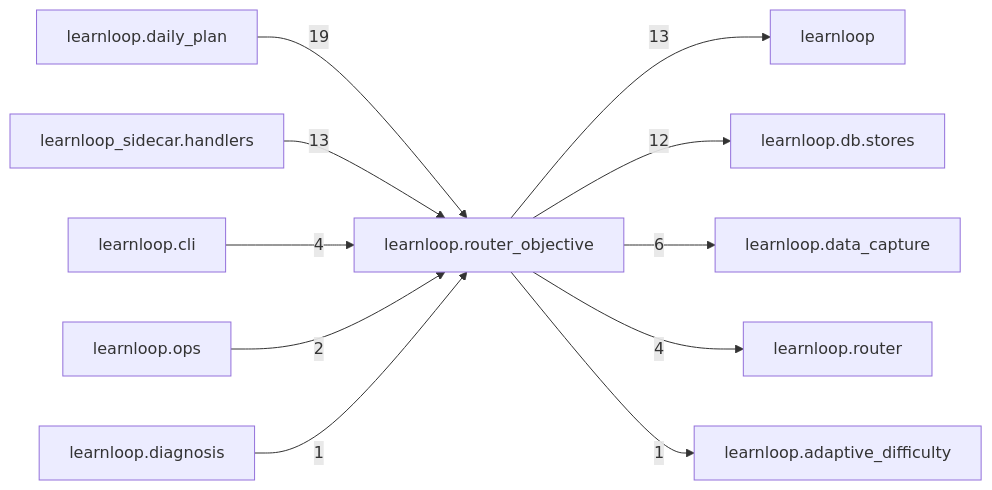
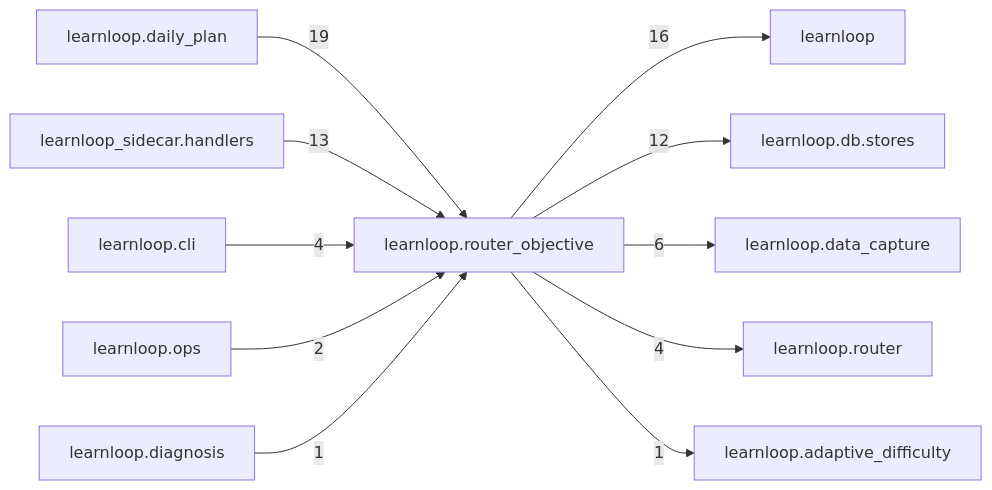
Before and after one commit to 6up-b/learnanything: the diagram in docs/learnloop-architecture-vault/Reference/Modules/learnloop/router_objective/_package.md, drawn with Mermaid. The commit also changed other lines of this file and 48 other files, not shown here.

````diff
--- a/docs/learnloop-architecture-vault/Reference/Modules/learnloop/router_objective/_package.md
+++ b/docs/learnloop-architecture-vault/Reference/Modules/learnloop/router_objective/_package.md
@@ -127,24 +127,24 @@
 ```mermaid
 flowchart LR
     center["learnloop.router_objective"]
     n_learnloop_daily_plan["learnloop.daily_plan"]
     n_learnloop["learnloop"]
     n_learnloop_sidecar_handlers["learnloop_sidecar.handlers"]
     n_learnloop_db_stores["learnloop.db.stores"]
     n_learnloop_data_capture["learnloop.data_capture"]
     n_learnloop_cli["learnloop.cli"]
     n_learnloop_router["learnloop.router"]
     n_learnloop_ops["learnloop.ops"]
     n_learnloop_adaptive_difficulty["learnloop.adaptive_difficulty"]
     n_learnloop_diagnosis["learnloop.diagnosis"]
     n_learnloop_daily_plan -->|19| center
-    center -->|13| n_learnloop
+    center -->|16| n_learnloop
     n_learnloop_sidecar_handlers -->|13| center
     center -->|12| n_learnloop_db_stores
     center -->|6| n_learnloop_data_capture
     n_learnloop_cli -->|4| center
     center -->|4| n_learnloop_router
     n_learnloop_ops -->|2| center
     center -->|1| n_learnloop_adaptive_difficulty
     n_learnloop_diagnosis -->|1| center
 ```
````
